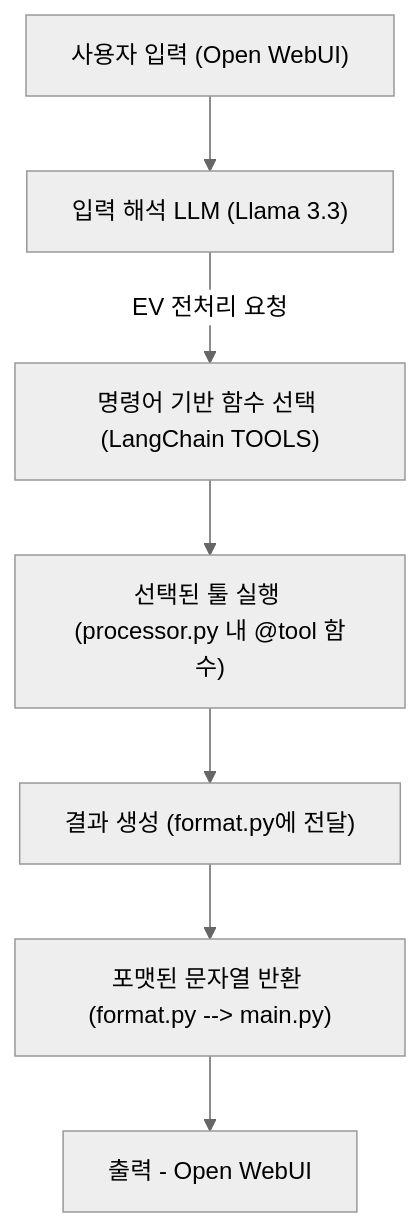
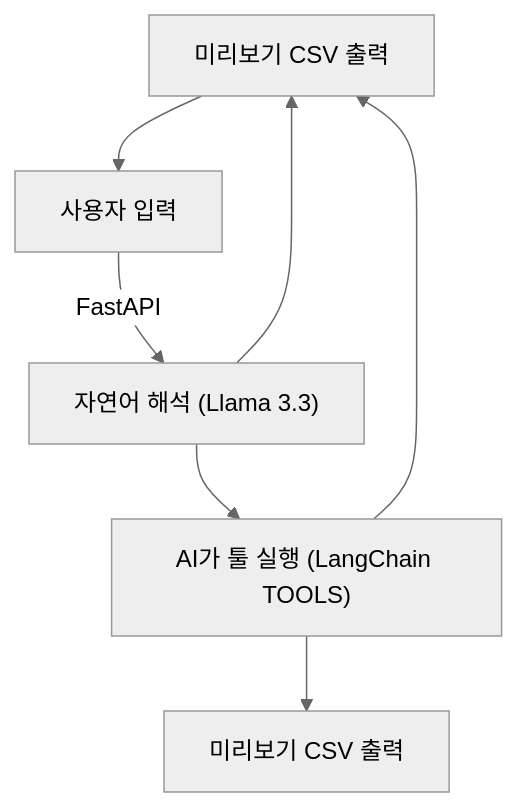
Before and after one commit to WO2IN/posAppSystem: the diagram in readme.md, drawn with Mermaid (neutral theme).

````diff
--- a/readme.md
+++ b/readme.md
@@ -1,18 +1,12 @@
 ```mermaid
 graph TD
 
-A1["사용자 입력 (Open WebUI)"] --> A2["입력 해석 LLM (Llama 3.3)"]
-
-%% 🚧 [확장 예정] 일반 챗 요청일 경우
-%% A2 -->|일반 챗 요청| B1["일반 챗 LLM (예: GPT 호출)"]
-%% B1 --> B2["자연어 응답 생성"]
-%% B2 --> B3["출력 - Open WebUI (StreamingResponse)"]
-
-A2 -->|EV 전처리 요청| C1["명령어 기반 함수 선택 (LangChain TOOLS)"]
-C1 --> C2["선택된 툴 실행 (processor.py 내 @tool 함수)"]
-C2 --> C3["결과 생성 (format.py에 전달)"]
-C3 --> C4["포맷된 문자열 반환 (format.py --> main.py)"]
-C4 --> C5["출력 - Open WebUI"]
+A1["Open WebUI"] --> A2["사용자 입력"]
+A2 -->|FastAPI| C1["자연어 해석 (Llama 3.3)"]
+C1 --> C2["AI가 툴 실행 (LangChain TOOLS)"]
+C1 --> A1["툴 선택 실패"]
+C2 --> C3["미리보기 CSV 출력"]
+C2 --> A1["미리보기 CSV 출력"]
 
 
 ```
````
